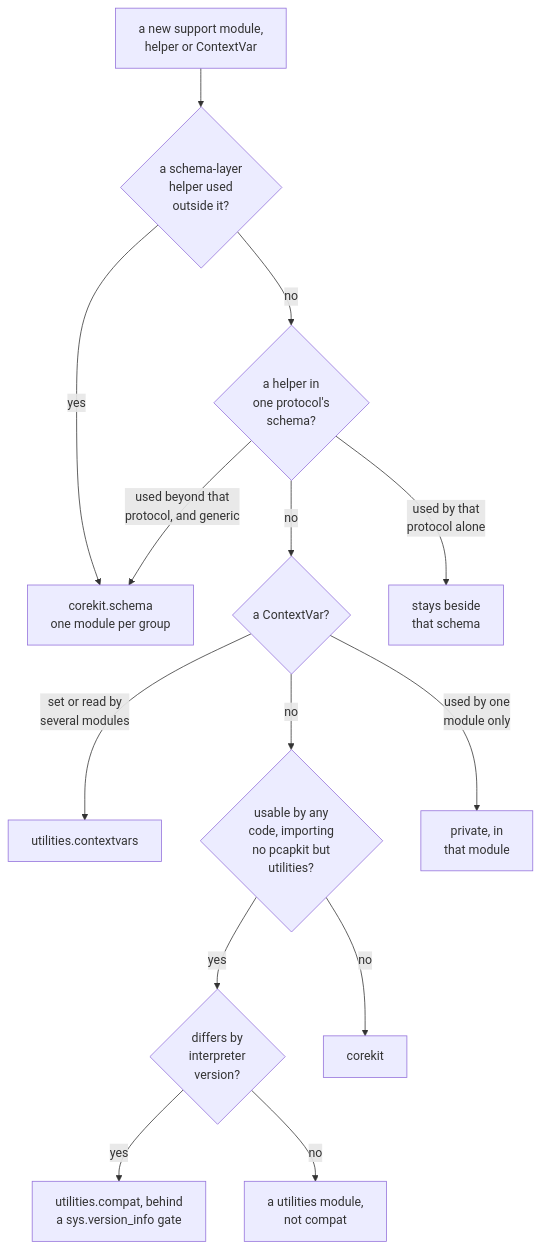
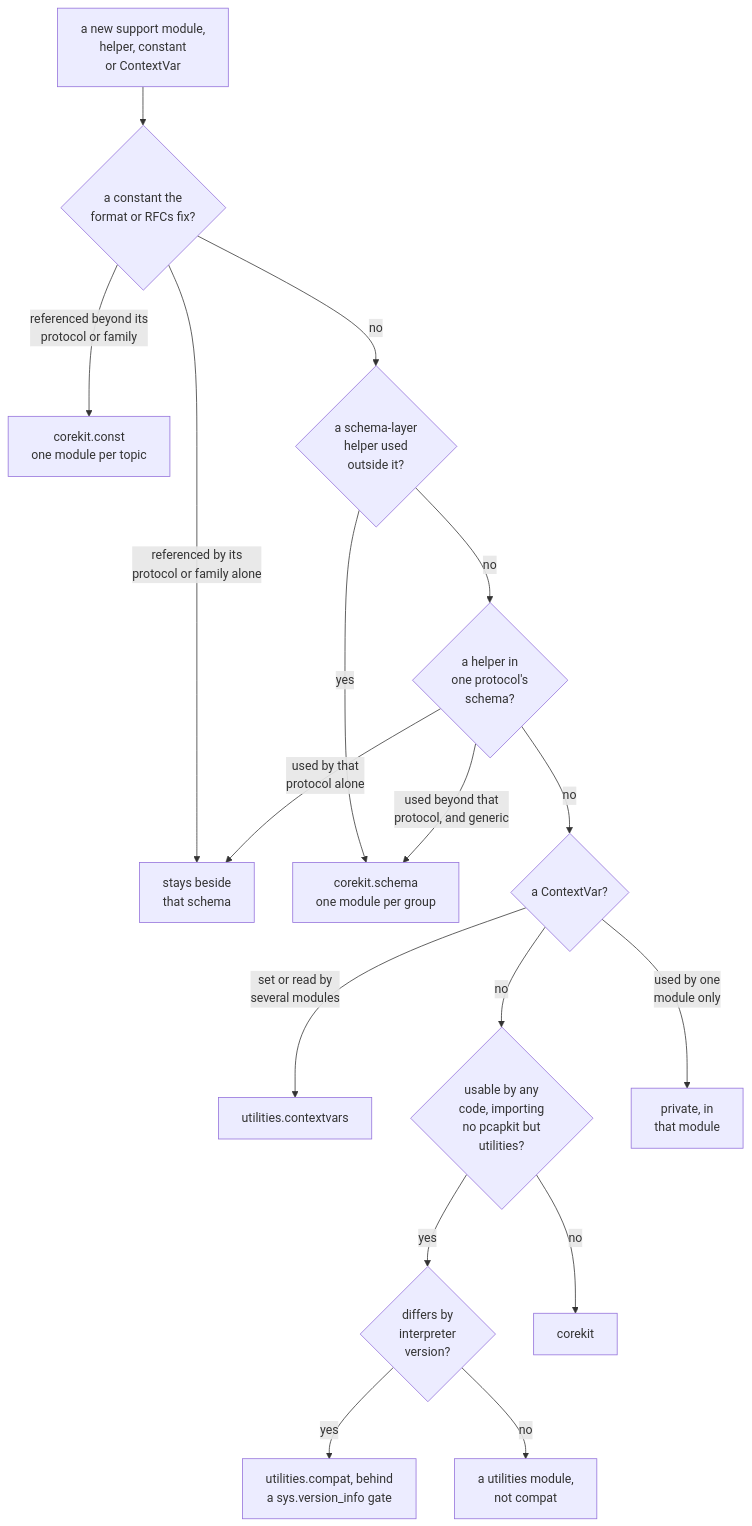
Before and after one commit to JarryShaw/PyPCAPKit: the diagram in docs/source/contributing/conventions/utilities-or-corekit.rst, drawn with Mermaid. The commit also changed other lines of this file and 55 other files, not shown here.

First line of the commit message:
refactor(corekit)!: give shared format constants one home in corekit.const (#2883)

```diff
--- a/docs/source/contributing/conventions/utilities-or-corekit.rst
+++ b/docs/source/contributing/conventions/utilities-or-corekit.rst
@@ -12,16 +12,19 @@
 .. mermaid::
 
    flowchart TD
-       NEW["a new support module,<br/>helper or ContextVar"] --> LAYER{"a schema-layer<br/>helper used<br/>outside it?"}
+       NEW["a new support module,<br/>helper, constant<br/>or ContextVar"] --> CONST{"a constant the<br/>format or RFCs fix?"}
+       CONST -->|"referenced beyond its<br/>protocol or family"| SHARED["corekit.const<br/>one module per topic"]
+       CONST -->|"referenced by its<br/>protocol or family alone"| STAY["stays beside<br/>that schema"]
+       CONST -->|no| LAYER{"a schema-layer<br/>helper used<br/>outside it?"}
        LAYER -->|no| OWNED{"a helper in<br/>one protocol's<br/>schema?"}
        LAYER -->|yes| SCHEMA["corekit.schema<br/>one module per group"]
        OWNED -->|"used beyond that<br/>protocol, and generic"| SCHEMA
        OWNED -->|no| VAR{"a ContextVar?"}
-       OWNED -->|"used by that<br/>protocol alone"| STAY["stays beside<br/>that schema"]
+       OWNED -->|"used by that<br/>protocol alone"| STAY
        VAR -->|"set or read by<br/>several modules"| CTX["utilities.contextvars"]
        VAR -->|no| UTIL{"usable by any<br/>code, importing<br/>no pcapkit but<br/>utilities?"}
        VAR -->|"used by one<br/>module only"| PRIV["private, in<br/>that module"]
        UTIL -->|yes| VER{"differs by<br/>interpreter<br/>version?"}
        UTIL -->|no| CORE["corekit"]
        VER -->|yes| COMPAT["utilities.compat, behind<br/>a sys.version_info gate"]
        VER -->|no| OWN["a utilities module,<br/>not compat"]
```
